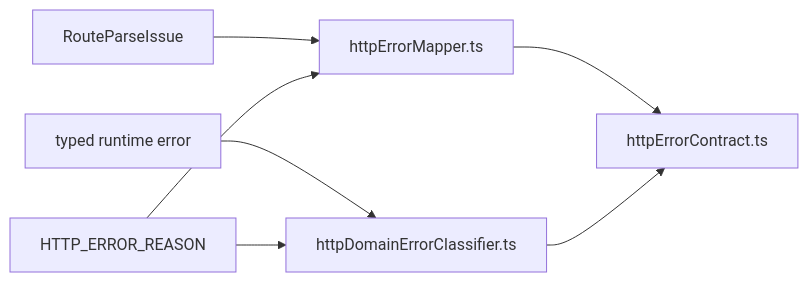
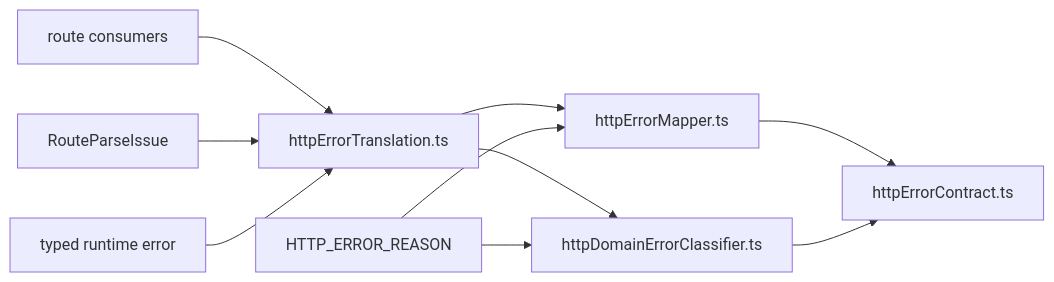
The second of 3 diagrams in docs/architecture/components/api/api-current-to-target-architecture.md (dunay2/dvt), drawn with Mermaid before and after one commit. The commit also changed other lines of this file and 16 other files, not shown here.

Commit message:
refactor(api): Expose HTTP error translation component API

````diff
--- a/docs/architecture/components/api/api-current-to-target-architecture.md
+++ b/docs/architecture/components/api/api-current-to-target-architecture.md
@@ -181,9 +182,12 @@
 ```mermaid
 flowchart LR
-  Parse["RouteParseIssue"] --> Mapper["httpErrorMapper.ts"]
-  Runtime["typed runtime error"] --> Classifier["httpDomainErrorClassifier.ts"]
+  Consumers["route consumers"] --> Api["httpErrorTranslation.ts"]
+  Parse["RouteParseIssue"] --> Api
+  Runtime["typed runtime error"] --> Api
+  Api --> Mapper["httpErrorMapper.ts"]
+  Api --> Classifier["httpDomainErrorClassifier.ts"]
   Mapper --> Contract["httpErrorContract.ts"]
   Classifier --> Contract
   Reasons["HTTP_ERROR_REASON"] --> Mapper
   Reasons --> Classifier
 ```
````
